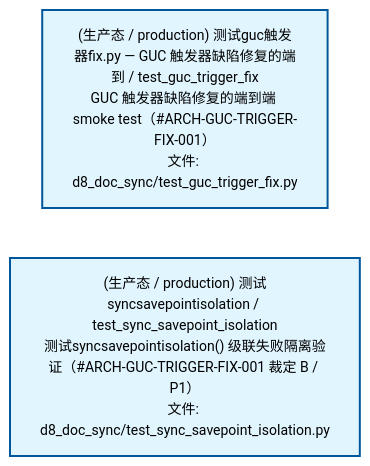
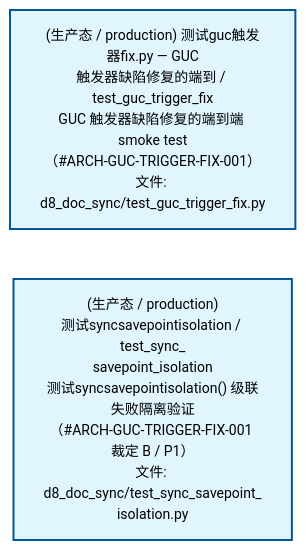
One commit to xuanFelixVan/ZephyrAlpha changed the second of 4 diagrams in docs/02_enterprise_architecture/02_domain_architecture_docs/51_d_gov_docs.md. Above: the diagram before and after it, drawn with Mermaid. The commit also changed other lines of this file and 61 other files, not shown here.

````diff
--- a/docs/02_enterprise_architecture/02_domain_architecture_docs/51_d_gov_docs.md
+++ b/docs/02_enterprise_architecture/02_domain_architecture_docs/51_d_gov_docs.md
@@ -119,12 +119,12 @@
 ```mermaid
 %%{init: {'theme': 'base', 'themeVariables': {'primaryColor': '#eaeaea', 'primaryTextColor': '#333333', 'primaryBorderColor': '#666666', 'lineColor': '#666666', 'secondaryColor': '#eaeaea', 'tertiaryColor': '#eaeaea', 'fontSize': '14px'}}}%%
 flowchart TD
-    tests_governance_d8_doc_sync_test_guc_trigger_fix_py["(生产态 / production) 测试guc触发器fix.py — GUC 触发器缺陷修复的端到 / test_guc_trigger_fix<br/>GUC 触发器缺陷修复的端到端 smoke test（#ARCH-GUC-TRIGGER-FIX-001）<br/>文件: d8_doc_sync/test_guc_trigger_fix.py"]
-    tests_governance_d8_doc_sync_test_sync_savepoint_isolation_py["(生产态 / production) 测试syncsavepointisolation / test_sync_savepoint_isolation<br/>测试syncsavepointisolation() 级联失败隔离验证（#ARCH-GUC-TRIGGER-FIX-001 裁定 B / P1）<br/>文件: d8_doc_sync/test_sync_savepoint_isolation.py"]
+    tests_governance_d8_doc_sync_test_guc_trigger_fix_py["(生产态 / production) 测试guc触发器fix.py — GUC<br/>触发器缺陷修复的端到 / test_guc_trigger_fix<br/>GUC 触发器缺陷修复的端到端 smoke test<br/>（#ARCH-GUC-TRIGGER-FIX-001）<br/>文件: d8_doc_sync/test_guc_trigger_fix.py"]
+    tests_governance_d8_doc_sync_test_sync_savepoint_isolation_py["(生产态 / production)<br/>测试syncsavepointisolation / test_sync_<br/>savepoint_isolation<br/>测试syncsavepointisolation() 级联失败隔离验证<br/>（#ARCH-GUC-TRIGGER-FIX-001 裁定 B / P1）<br/>文件: d8_doc_sync/test_sync_savepoint_<br/>isolation.py"]
     tests_governance_d8_doc_sync_test_guc_trigger_fix_py ~~~ tests_governance_d8_doc_sync_test_sync_savepoint_isolation_py
     classDef production fill:#e1f5fe,stroke:#01579b,stroke-width:2px,color:#000
     classDef design fill:#fff3e0,stroke:#e65100,stroke-width:2px,color:#000,stroke-dasharray: 5 5
     classDef external_prod fill:#e8f4fd,stroke:#0277bd,stroke-width:1px,color:#000
     classDef external_design fill:#fff8e7,stroke:#ef6c00,stroke-width:1px,color:#000,stroke-dasharray: 5 5
     class tests_governance_d8_doc_sync_test_guc_trigger_fix_py,tests_governance_d8_doc_sync_test_sync_savepoint_isolation_py production
 ```
````
